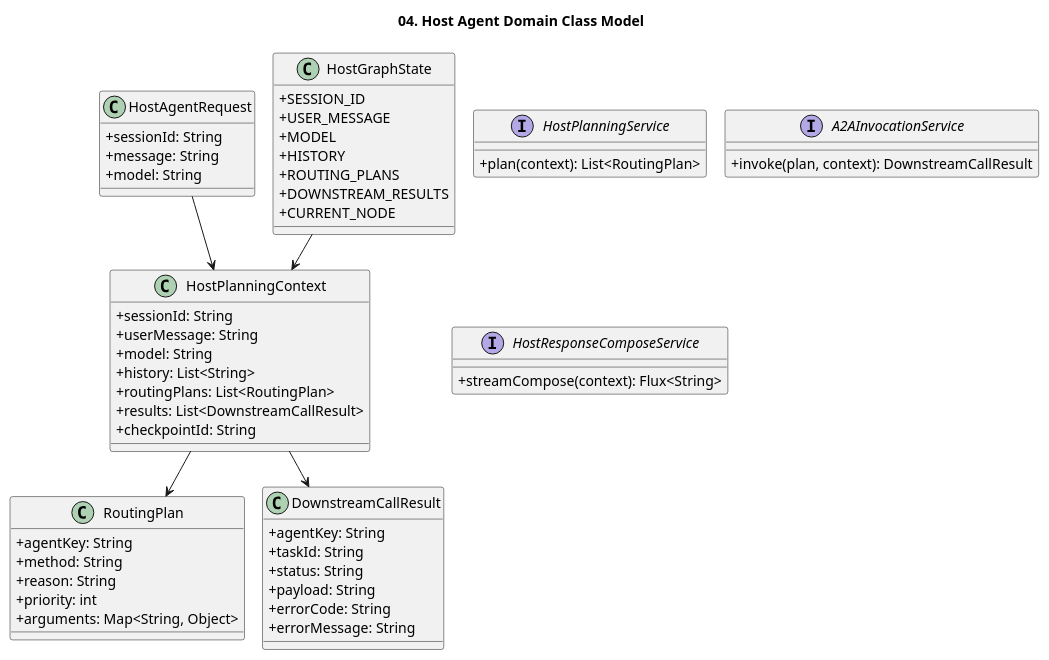
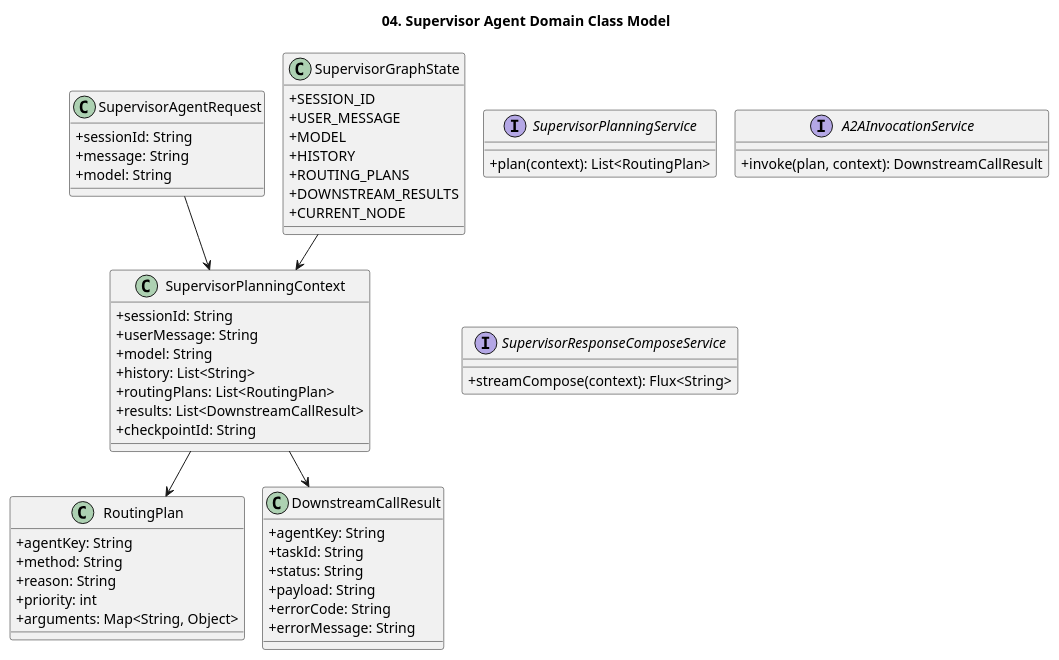
Before and after one commit to kim57uak/spring-ai: the diagram in documents/a2a-host_agent-architecture/04-domain-class-model.puml, drawn with PlantUML. The commit also changed 131 other files, not shown here.

Commit message:
feat: add supervisor A2A orchestration and architecture updates

```diff
--- a/documents/a2a-host_agent-architecture/04-domain-class-model.puml
+++ b/documents/a2a-host_agent-architecture/04-domain-class-model.puml
@@ -1,68 +1,68 @@
 @startuml
 !pragma layout smetana
-title 04. Host Agent Domain Class Model
+title 04. Supervisor Agent Domain Class Model
 
 skinparam shadowing false
 skinparam classAttributeIconSize 0
 
-class HostAgentRequest {
+class SupervisorAgentRequest {
   +sessionId: String
   +message: String
   +model: String
 }
 
-class HostPlanningContext {
+class SupervisorPlanningContext {
   +sessionId: String
   +userMessage: String
   +model: String
   +history: List<String>
   +routingPlans: List<RoutingPlan>
   +results: List<DownstreamCallResult>
   +checkpointId: String
 }
 
 class RoutingPlan {
   +agentKey: String
   +method: String
   +reason: String
   +priority: int
   +arguments: Map<String, Object>
 }
 
 class DownstreamCallResult {
   +agentKey: String
   +taskId: String
   +status: String
   +payload: String
   +errorCode: String
   +errorMessage: String
 }
 
-class HostGraphState {
+class SupervisorGraphState {
   +SESSION_ID
   +USER_MESSAGE
   +MODEL
   +HISTORY
   +ROUTING_PLANS
   +DOWNSTREAM_RESULTS
   +CURRENT_NODE
 }
 
-interface HostPlanningService {
+interface SupervisorPlanningService {
   +plan(context): List<RoutingPlan>
 }
 
 interface A2AInvocationService {
   +invoke(plan, context): DownstreamCallResult
 }
 
-interface HostResponseComposeService {
+interface SupervisorResponseComposeService {
   +streamCompose(context): Flux<String>
 }
 
-HostAgentRequest --> HostPlanningContext
-HostPlanningContext --> RoutingPlan
-HostPlanningContext --> DownstreamCallResult
-HostGraphState --> HostPlanningContext
+SupervisorAgentRequest --> SupervisorPlanningContext
+SupervisorPlanningContext --> RoutingPlan
+SupervisorPlanningContext --> DownstreamCallResult
+SupervisorGraphState --> SupervisorPlanningContext
 
 @enduml
```
